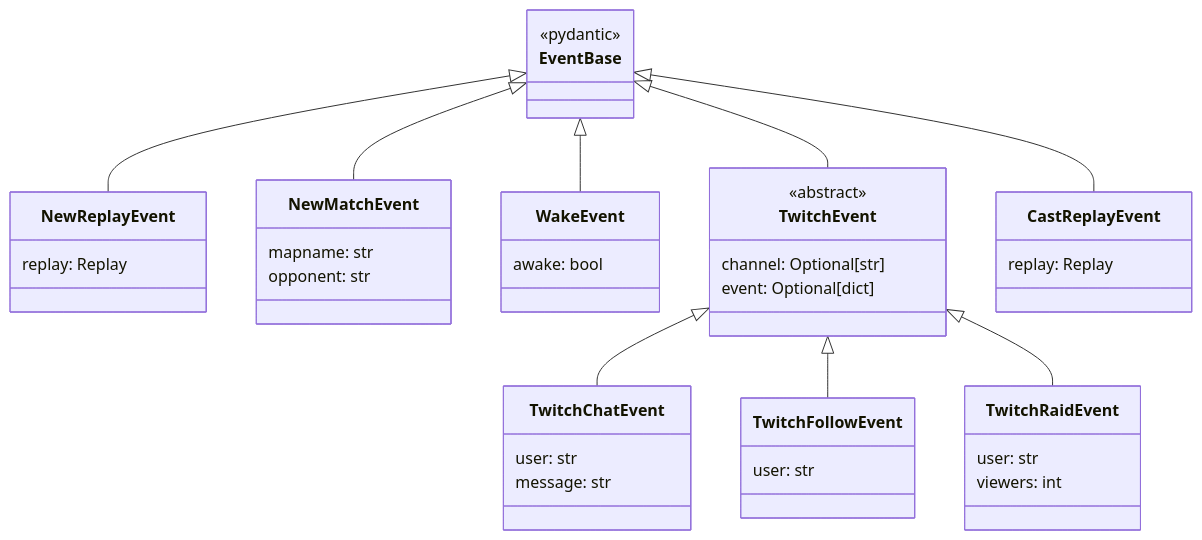
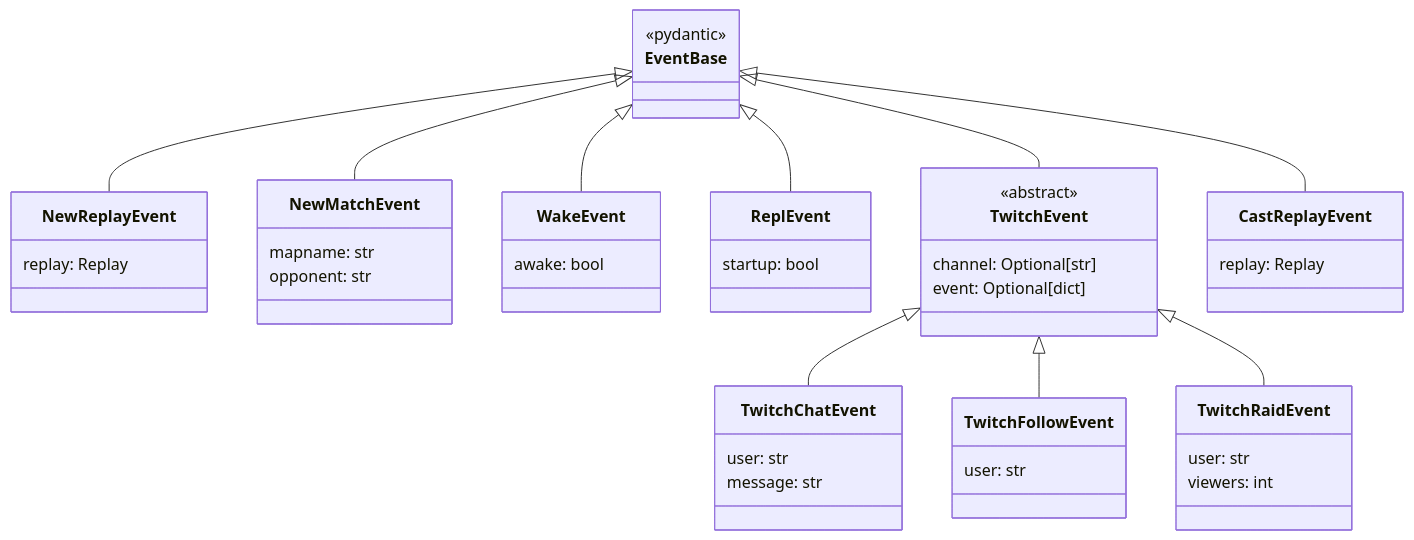
One commit to manuelseeger/sc2-ai-coach changed the fourth of 8 diagrams in docs/architecture.md. Above: the diagram before and after it, drawn with Mermaid. The commit also changed other lines of this file, not shown here.

Commit message:
Update architecture

````diff
--- a/docs/architecture.md
+++ b/docs/architecture.md
@@ -252,52 +310,57 @@
 ```mermaid
 classDiagram
     class EventBase {
         <<pydantic>>
     }
-    
+
     class NewReplayEvent {
         replay: Replay
     }
-    
+
     class NewMatchEvent {
         mapname: str
         opponent: str
     }
-    
+
     class WakeEvent {
         awake: bool
     }
-    
+
+    class ReplEvent {
+        startup: bool
+    }
+
     class TwitchEvent {
         <<abstract>>
         channel: Optional[str]
         event: Optional[dict]
     }
-    
+
     class TwitchChatEvent {
         user: str
         message: str
     }
-    
+
     class TwitchFollowEvent {
         user: str
     }
-    
+
     class TwitchRaidEvent {
         user: str
         viewers: int
     }
-    
+
     class CastReplayEvent {
         replay: Replay
     }
-    
+
     EventBase <|-- NewReplayEvent
     EventBase <|-- NewMatchEvent
     EventBase <|-- WakeEvent
+    EventBase <|-- ReplEvent
     EventBase <|-- TwitchEvent
     EventBase <|-- CastReplayEvent
     TwitchEvent <|-- TwitchChatEvent
     TwitchEvent <|-- TwitchFollowEvent
     TwitchEvent <|-- TwitchRaidEvent
 ```
````
